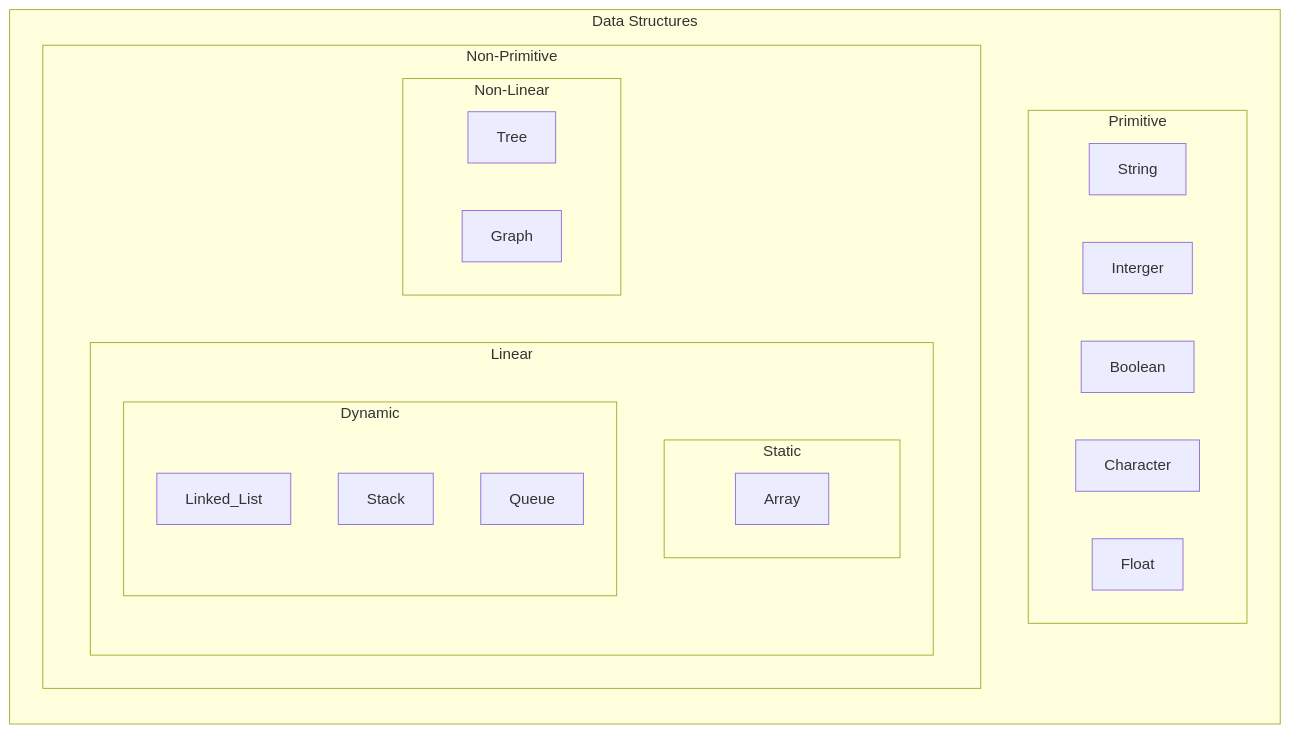
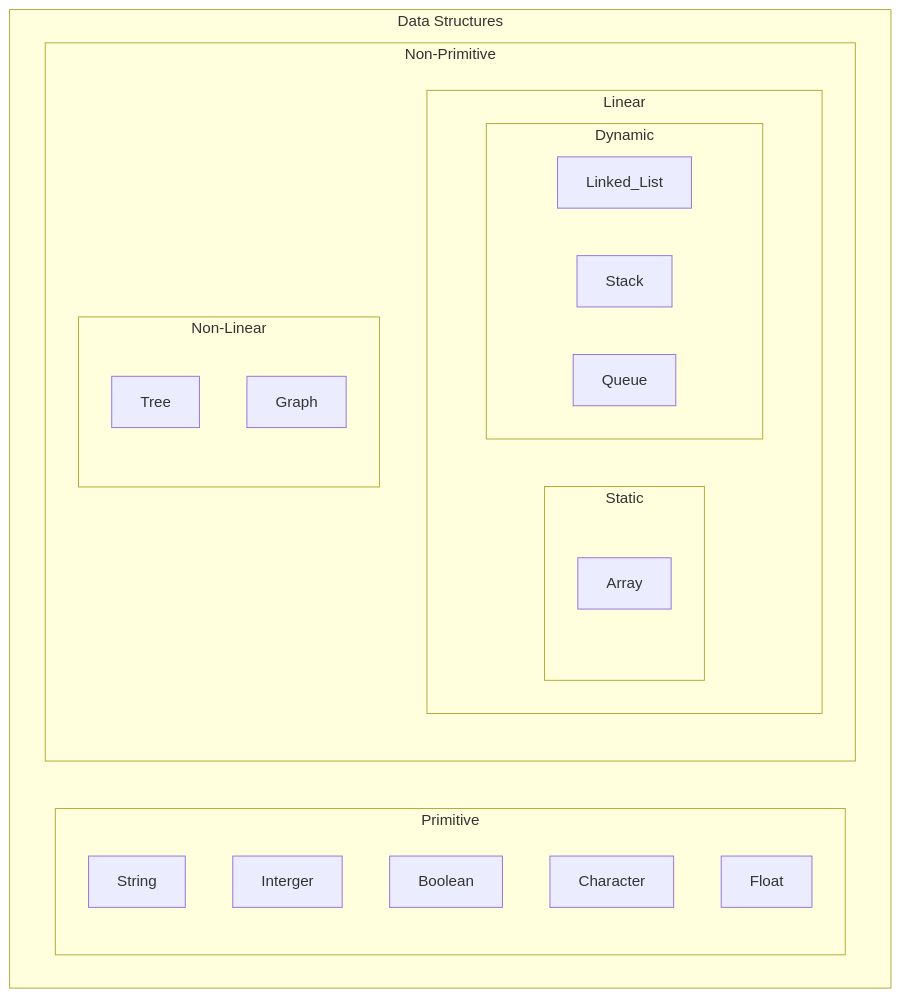
One commit to reubendevries/python-algorithims-data-structures changed the diagram in introduction/notes/data-structures.md. Above: the diagram before and after it, drawn with Mermaid.

Commit message:
formatted LR

`````diff
--- a/introduction/notes/data-structures.md
+++ b/introduction/notes/data-structures.md
@@ -4,28 +4,29 @@
 ````mermaid
 flowchart LR
     subgraph Data Structures
+        direction LR
         subgraph Primitive
             String
             Interger
             Boolean
             Character
             Float
         end
         subgraph Non-Primitive
             subgraph Linear
                 subgraph Static
                     Array
                 end
                 subgraph Dynamic
                     Linked_List
                     Stack
                     Queue
                 end
             end
             subgraph Non-Linear
                 Tree
                 Graph
             end
         end
     end
 ````
`````
